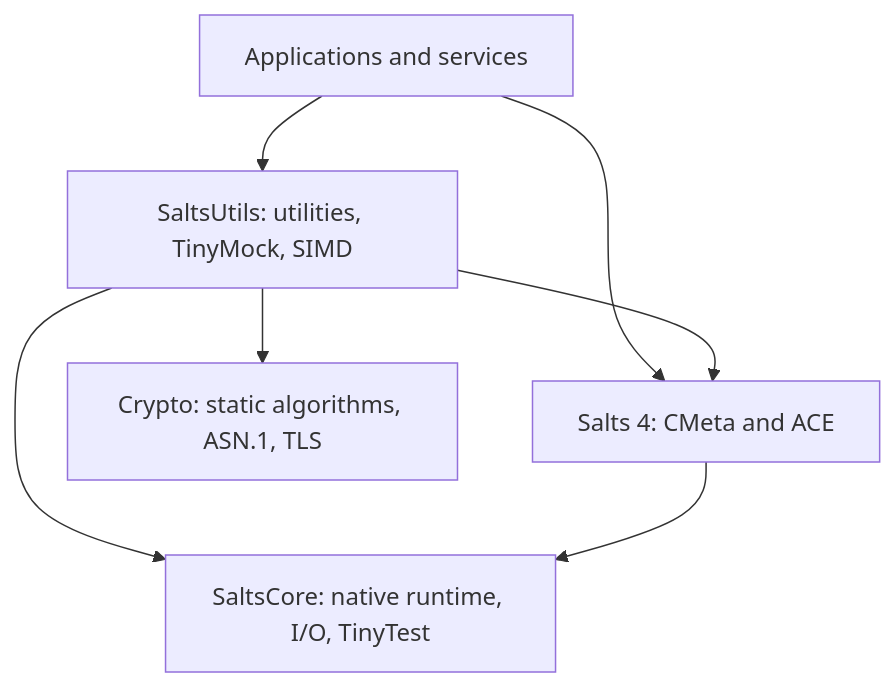
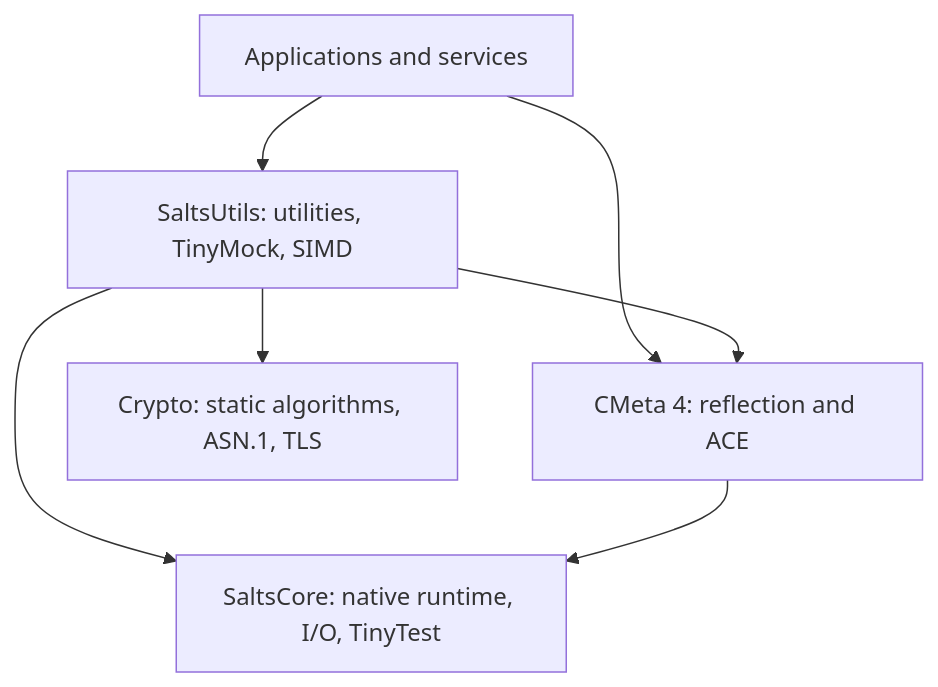
Before and after one commit to qigao/cmeta: the diagram in ARCHITECTURE.md, drawn with Mermaid. The commit also changed other lines of this file and 48 other files, not shown here.

````diff
--- a/ARCHITECTURE.md
+++ b/ARCHITECTURE.md
@@ -6,14 +6,14 @@
 ```mermaid
 flowchart TD
     app["Applications and services"]
     utils["SaltsUtils: utilities, TinyMock, SIMD"]
-    salts["Salts 4: CMeta and ACE"]
+    salts["CMeta 4: reflection and ACE"]
     core["SaltsCore: native runtime, I/O, TinyTest"]
     crypto["Crypto: static algorithms, ASN.1, TLS"]
     app --> utils
     app --> salts
     utils --> salts
     utils --> core
     utils --> crypto
     salts --> core
 ```
````
